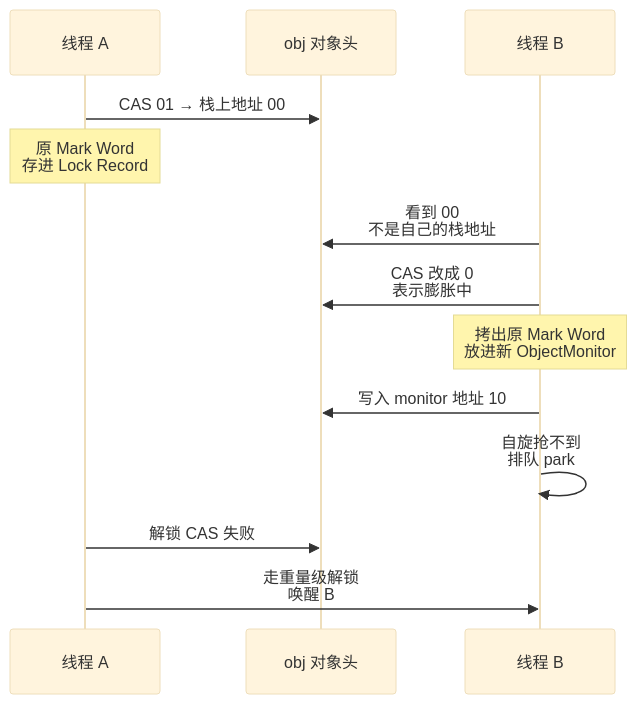
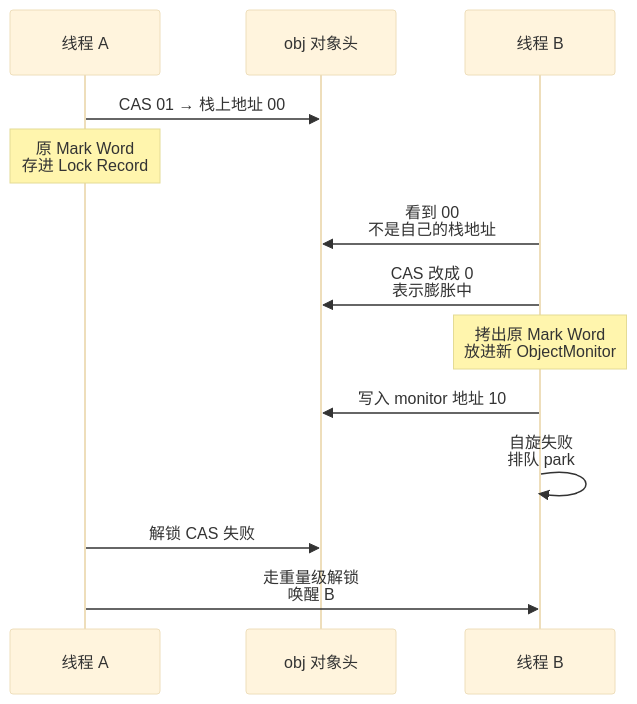
Before and after one commit to mamawai/mamawai.github.io: the third of 4 diagrams in docs/java/concurrency/synchronized-versions.md, drawn with Mermaid (base theme). The commit also changed other lines of this file and 1 other file, not shown here.

````diff
--- a/docs/java/concurrency/synchronized-versions.md
+++ b/docs/java/concurrency/synchronized-versions.md
@@ -139,15 +139,15 @@
 ```mermaid
 sequenceDiagram
   participant A as 线程 A
   participant O as obj 对象头
   participant B as 线程 B
   A->>O: CAS 01 → 栈上地址 00
   Note over A: 原 Mark Word<br>存进 Lock Record
   B->>O: 看到 00<br>不是自己的栈地址
   B->>O: CAS 改成 0<br>表示膨胀中
   Note over B: 拷出原 Mark Word<br>放进新 ObjectMonitor
   B->>O: 写入 monitor 地址 10
-  B->>B: 自旋抢不到<br>排队 park
+  B->>B: 自旋失败<br>排队 park
   A->>O: 解锁 CAS 失败
   A->>B: 走重量级解锁<br>唤醒 B
 ```
````
